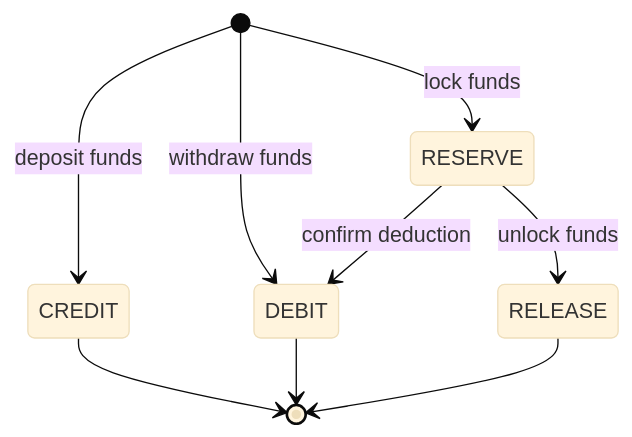
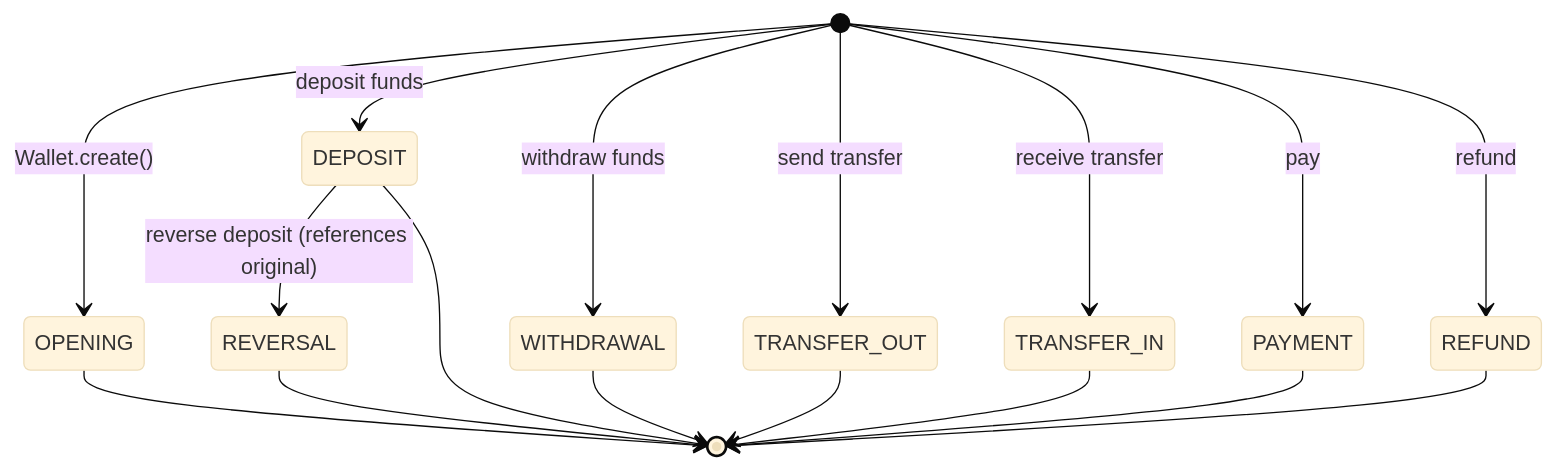
One commit to AlexAlvarezGallardo-GitHub/Aegis changed the diagram in docs/obsidian/02 - Domain Models/LedgerEntryType.md. Above: the diagram before and after it, drawn with Mermaid (base theme). The commit also changed other lines of this file and 87 other files, not shown here.

````diff
--- a/docs/obsidian/02 - Domain Models/LedgerEntryType.md
+++ b/docs/obsidian/02 - Domain Models/LedgerEntryType.md
@@ -26,11 +30,19 @@
 ```mermaid
 stateDiagram-v2
-    [*] --> CREDIT: deposit funds
-    [*] --> DEBIT: withdraw funds
-    [*] --> RESERVE: lock funds
-    RESERVE --> RELEASE: unlock funds
-    RESERVE --> DEBIT: confirm deduction
-    CREDIT --> [*]
-    DEBIT --> [*]
-    RELEASE --> [*]
+    [*] --> OPENING: Wallet.create()
+    [*] --> DEPOSIT: deposit funds
+    [*] --> WITHDRAWAL: withdraw funds
+    [*] --> TRANSFER_OUT: send transfer
+    [*] --> TRANSFER_IN: receive transfer
+    [*] --> PAYMENT: pay
+    [*] --> REFUND: refund
+    DEPOSIT --> REVERSAL: reverse deposit (references original)
+    OPENING --> [*]
+    DEPOSIT --> [*]
+    WITHDRAWAL --> [*]
+    TRANSFER_OUT --> [*]
+    TRANSFER_IN --> [*]
+    PAYMENT --> [*]
+    REFUND --> [*]
+    REVERSAL --> [*]
 ```
````
